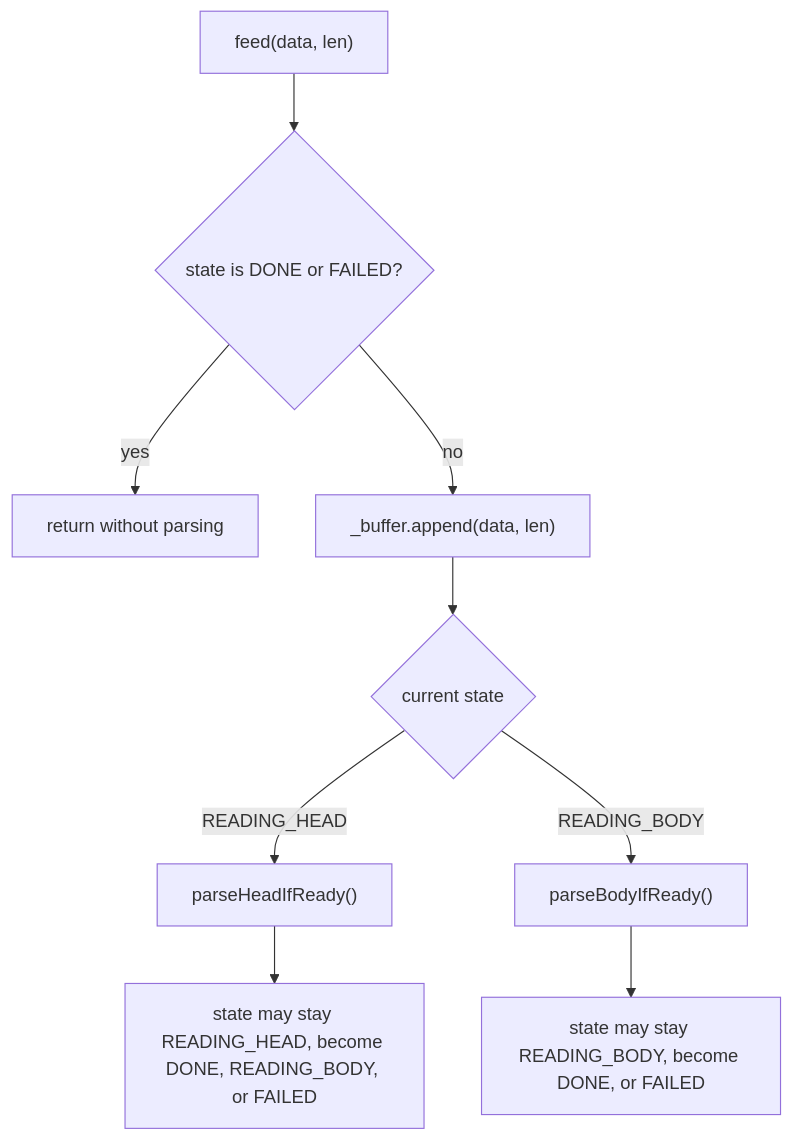
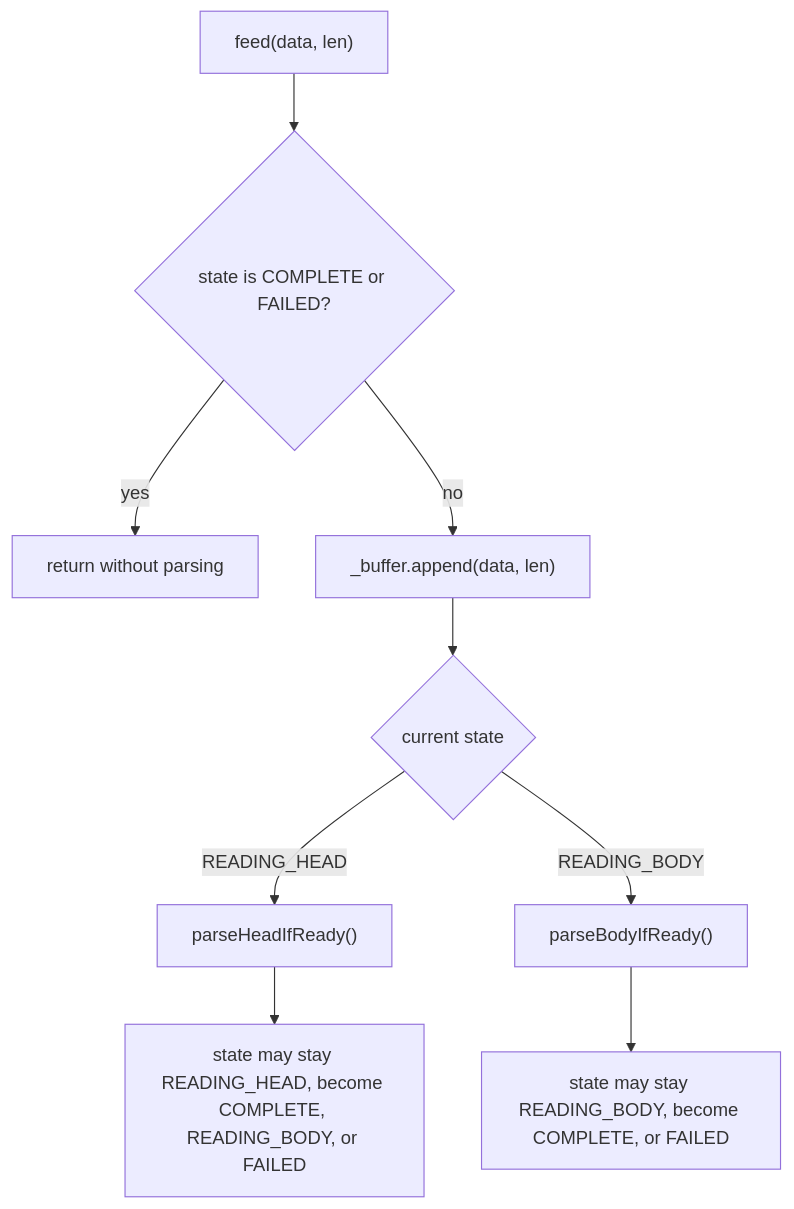
The third of 7 diagrams in docs/HTTP/request-parser-design.md (gkrtjd99/Webserv), drawn with Mermaid before and after one commit. The commit also changed other lines of this file and 5 other files, not shown here.

````diff
--- a/docs/HTTP/request-parser-design.md
+++ b/docs/HTTP/request-parser-design.md
@@ -79,11 +79,11 @@
 ```mermaid
 flowchart TD
-    A["feed(data, len)"] --> B{"state is DONE or FAILED?"}
+    A["feed(data, len)"] --> B{"state is COMPLETE or FAILED?"}
     B -->|"yes"| C["return without parsing"]
     B -->|"no"| D["_buffer.append(data, len)"]
     D --> E{"current state"}
     E -->|"READING_HEAD"| F["parseHeadIfReady()"]
     E -->|"READING_BODY"| G["parseBodyIfReady()"]
-    F --> H["state may stay READING_HEAD, become DONE, READING_BODY, or FAILED"]
-    G --> I["state may stay READING_BODY, become DONE, or FAILED"]
+    F --> H["state may stay READING_HEAD, become COMPLETE, READING_BODY, or FAILED"]
+    G --> I["state may stay READING_BODY, become COMPLETE, or FAILED"]
 ```
````
